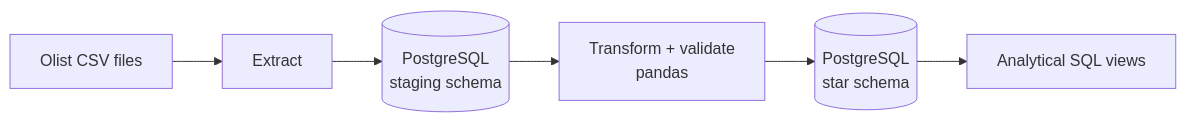
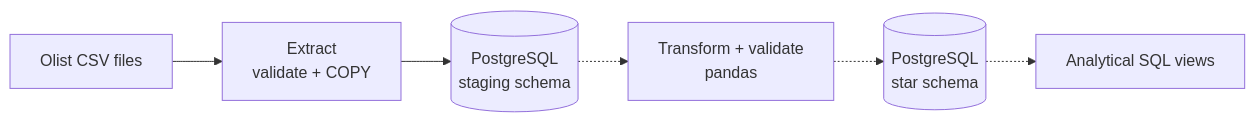
Before and after one commit to danny-dunhill/ecommerce-data-pipeline: the diagram in README.md, drawn with Mermaid. The commit also changed other lines of this file and 25 other files, not shown here.

````diff
--- a/README.md
+++ b/README.md
@@ -14,8 +14,8 @@
 ```mermaid
 flowchart LR
-    A[Olist CSV files] --> B[Extract]
+    A[Olist CSV files] --> B[Extract<br/>validate + COPY]
     B --> C[(PostgreSQL<br/>staging schema)]
-    C --> D[Transform + validate<br/>pandas]
-    D --> E[(PostgreSQL<br/>star schema)]
-    E --> F[Analytical SQL views]
+    C -.-> D[Transform + validate<br/>pandas]
+    D -.-> E[(PostgreSQL<br/>star schema)]
+    E -.-> F[Analytical SQL views]
 ```
````
